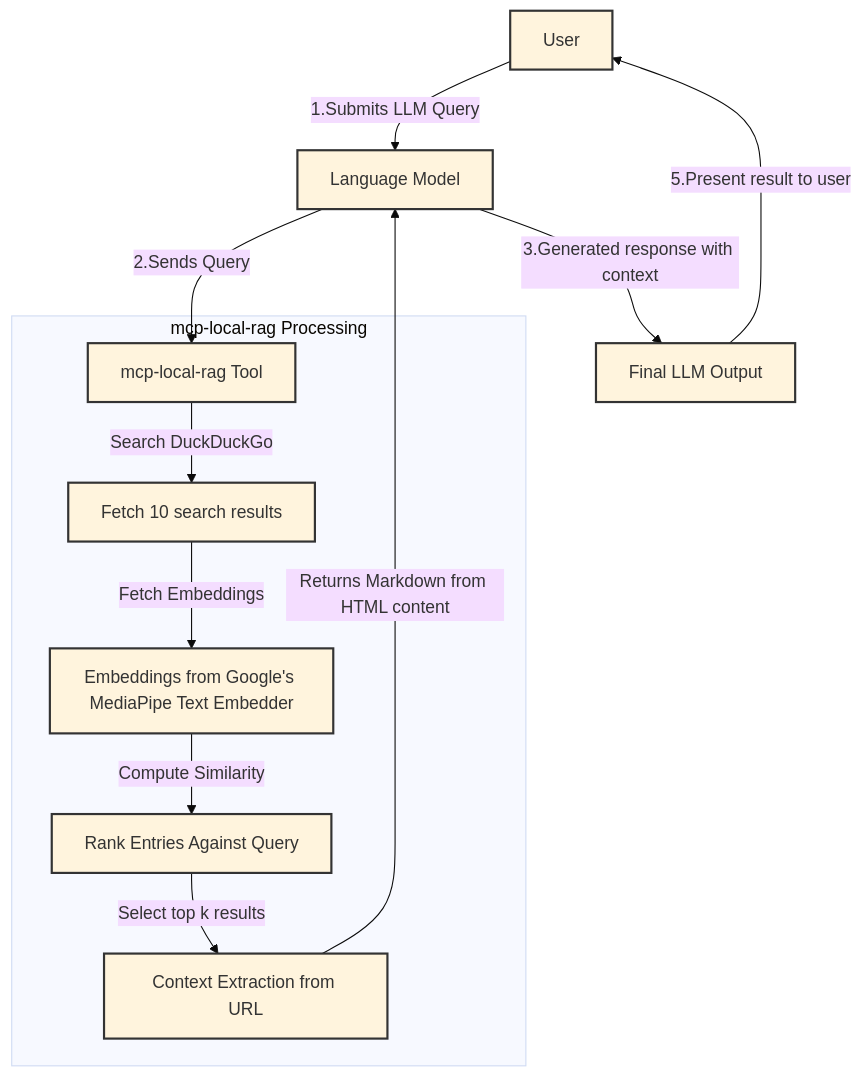
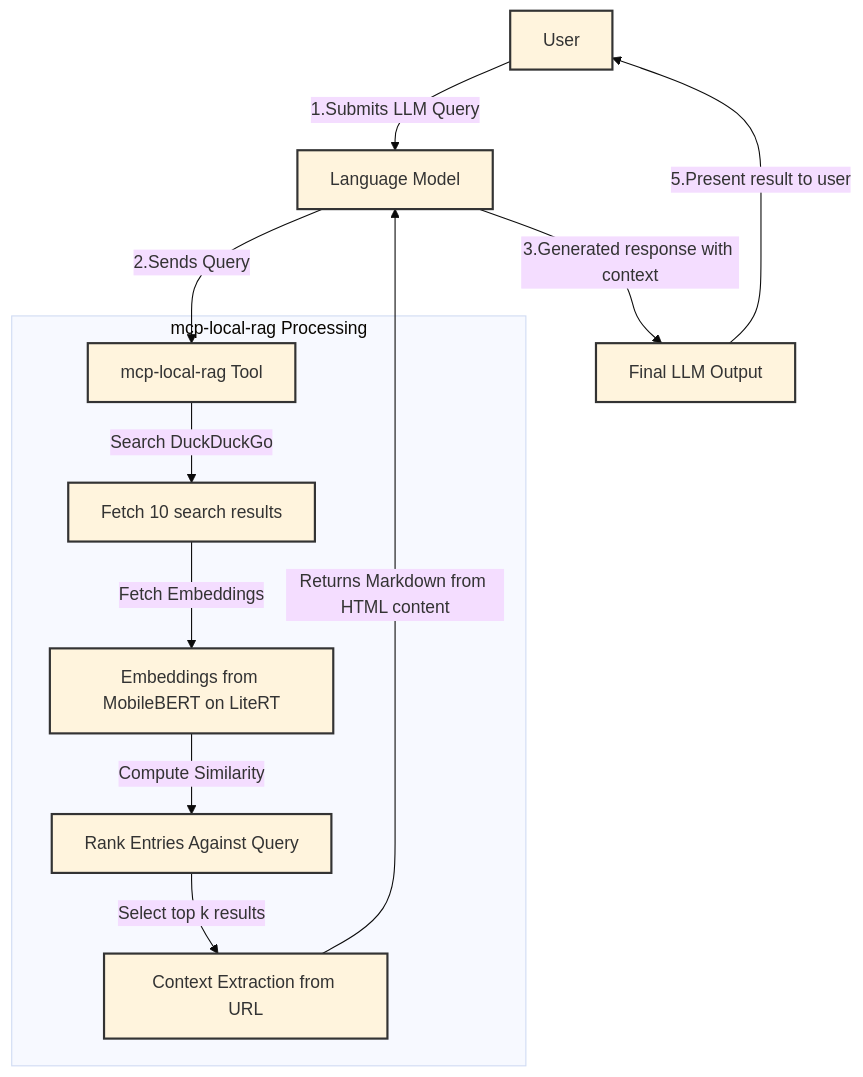
The diagram in README.md (nkapila6/mcp-local-rag), drawn with Mermaid before and after one commit. The commit also changed 3 other files, not shown here.

````diff
--- a/README.md
+++ b/README.md
@@ -29,26 +29,26 @@
 ```mermaid
 %%{init: {'theme': 'base'}}%%
 flowchart TD
     A[User] -->|1.Submits LLM Query| B[Language Model]
     B -->|2.Sends Query| C[mcp-local-rag Tool]
     
     subgraph mcp-local-rag Processing
     C -->|Search DuckDuckGo| D[Fetch 10 search results]
-    D -->|Fetch Embeddings| E[Embeddings from Google's MediaPipe Text Embedder]
+    D -->|Fetch Embeddings| E[Embeddings from MobileBERT on LiteRT]
     E -->|Compute Similarity| F[Rank Entries Against Query]
     F -->|Select top k results| G[Context Extraction from URL]
     end
     
     G -->|Returns Markdown from HTML content| B
     B -->|3.Generated response with context| H[Final LLM Output]
     H -->|5.Present result to user| A
 
     classDef default stroke:#333,stroke-width:2px;
     classDef process stroke:#333,stroke-width:2px;
     classDef input stroke:#333,stroke-width:2px;
     classDef output stroke:#333,stroke-width:2px;
 
     class A input;
     class B,C process;
     class G output;
 ```
````
